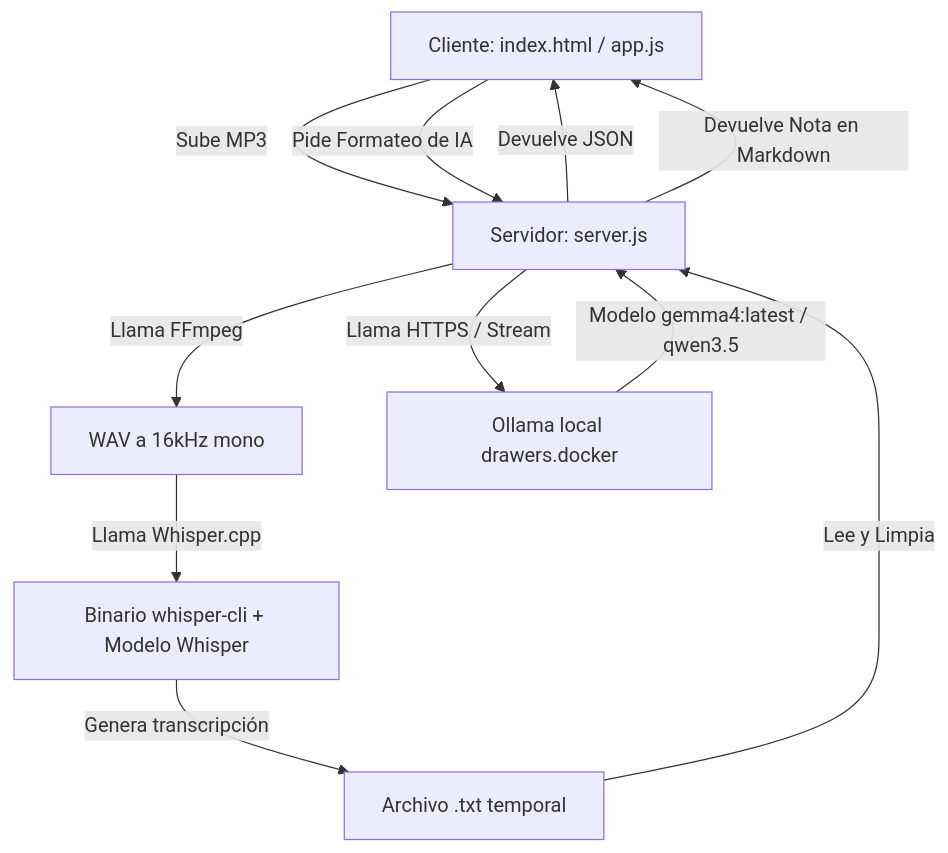
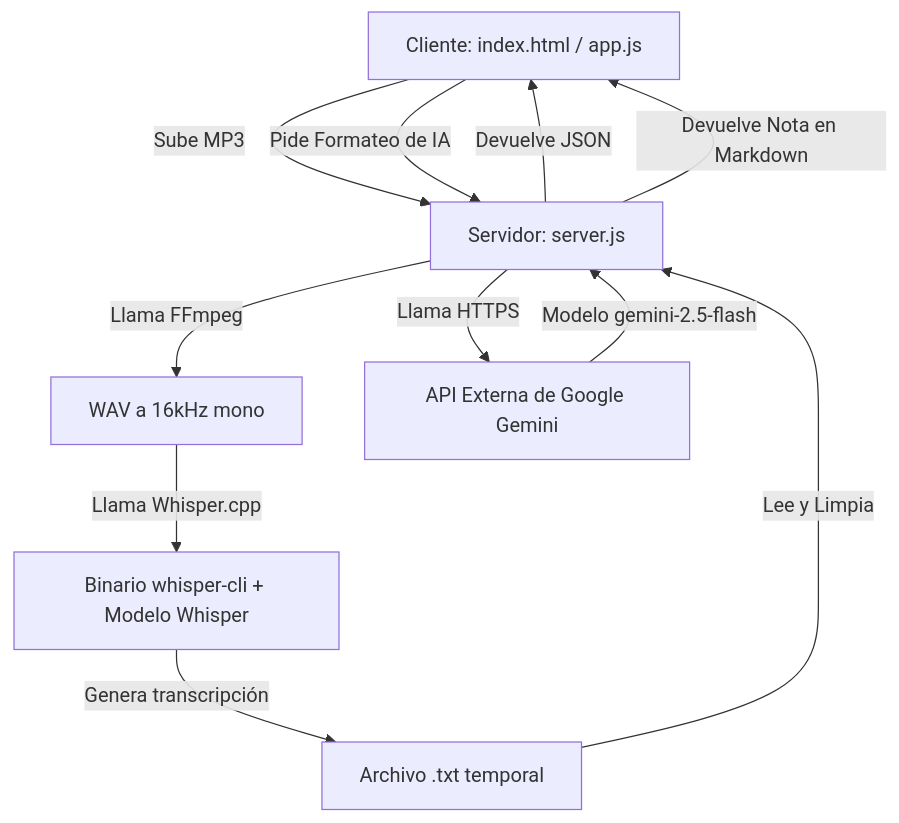
The diagram in README.md (juanmaioli/talkie), drawn with Mermaid before and after one commit. The commit also changed other lines of this file and 3 other files, not shown here.

````diff
--- a/README.md
+++ b/README.md
@@ -57,13 +69,13 @@
 ```mermaid
 graph TD
     A[Cliente: index.html / app.js] -->|Sube MP3| B[Servidor: server.js]
     B -->|Llama FFmpeg| C[WAV a 16kHz mono]
     C -->|Llama Whisper.cpp| D[Binario whisper-cli + Modelo Whisper]
     D -->|Genera transcripción| E[Archivo .txt temporal]
     E -->|Lee y Limpia| B
     B -->|Devuelve JSON| A
     A -->|Pide Formateo de IA| B
-    B -->|Llama HTTPS / Stream| F[Ollama local drawers.docker]
-    F -->|Modelo gemma4:latest / qwen3.5| B
+    B -->|Llama HTTPS| F[API Externa de Google Gemini]
+    F -->|Modelo gemini-2.5-flash| B
     B -->|Devuelve Nota en Markdown| A
 ```
````
